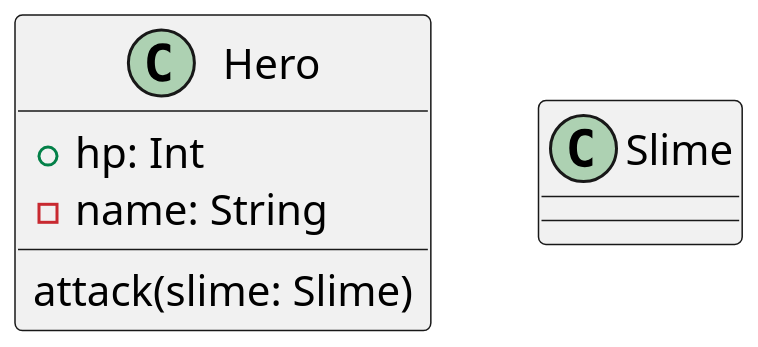
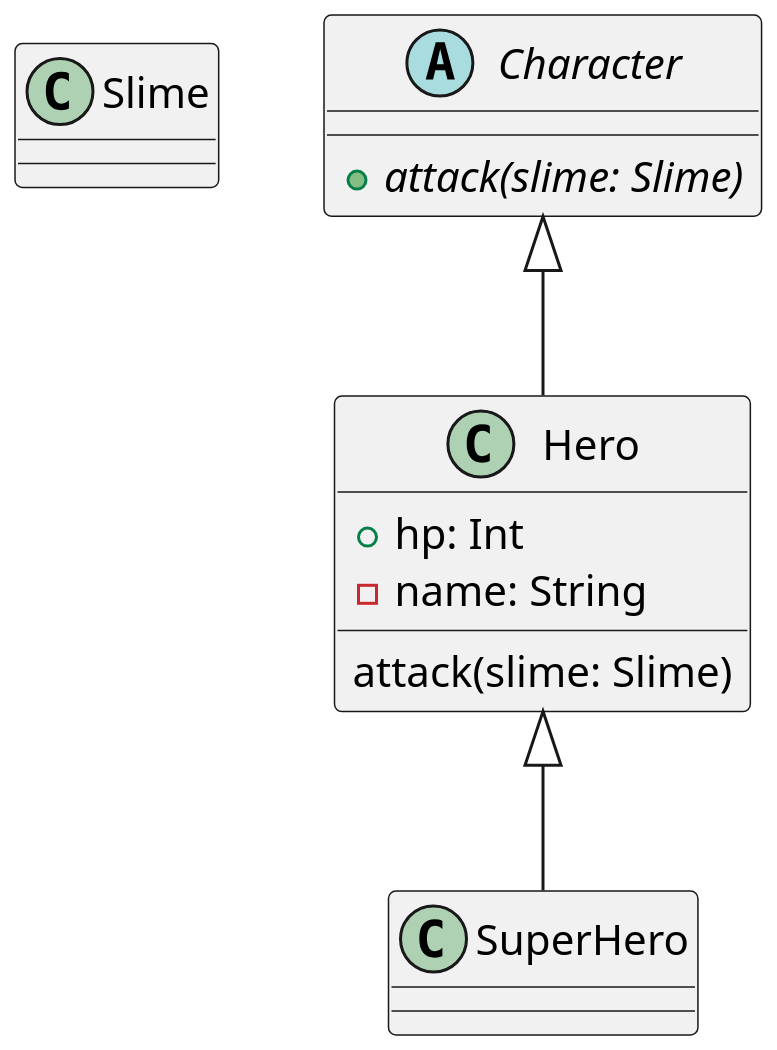
The diagram in src/main/kotlin/day06/Game.puml (SurvivalCodingCampus/winter_kotlin_lecture), drawn with PlantUML before and after one commit. The commit also changed 6 other files, not shown here.

```diff
--- a/src/main/kotlin/day06/Game.puml
+++ b/src/main/kotlin/day06/Game.puml
@@ -1,17 +1,23 @@
 @startuml
 'https://plantuml.com/class-diagram
 
 '사이즈 증가'
 scale 2
 
-class Hero{
+class Slime
+
+class Hero extends Character{
     + hp: Int
     - name: String
 
     attack(slime: Slime)
 
 }
 
-class Slime
+class SuperHero extends Hero
+
+abstract class Character{
+    {abstract} + attack(slime: Slime)
+}
 
 @enduml
```
